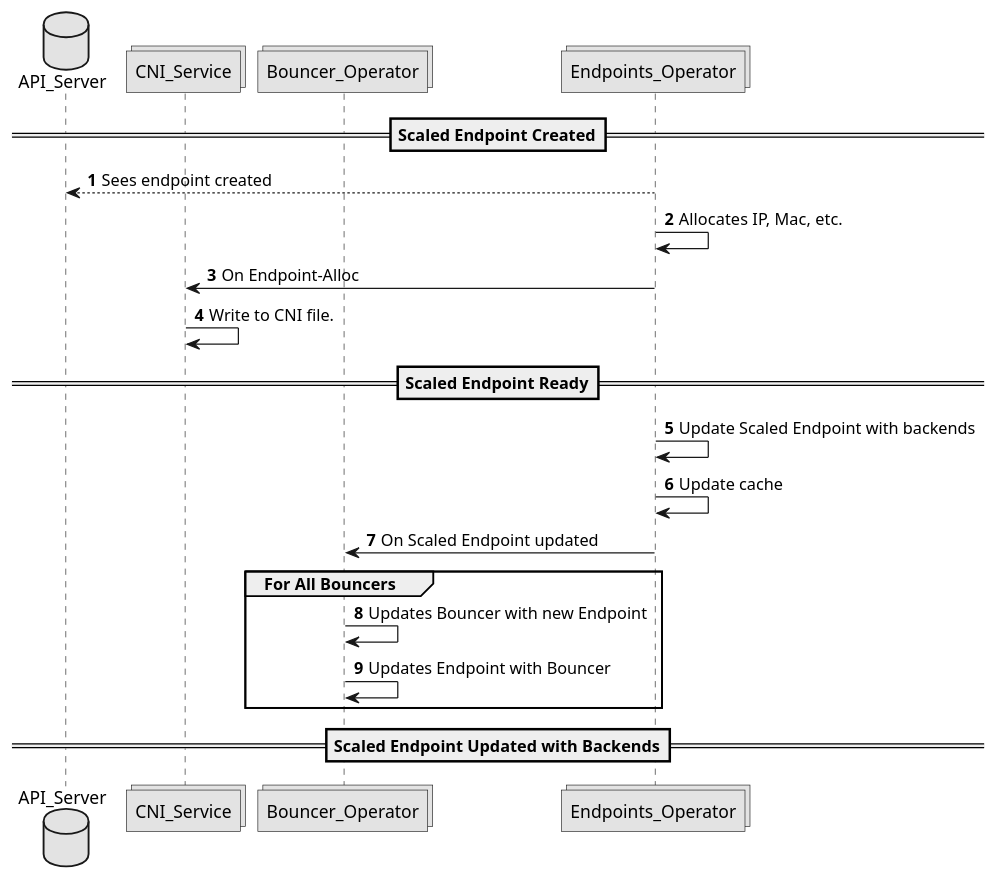
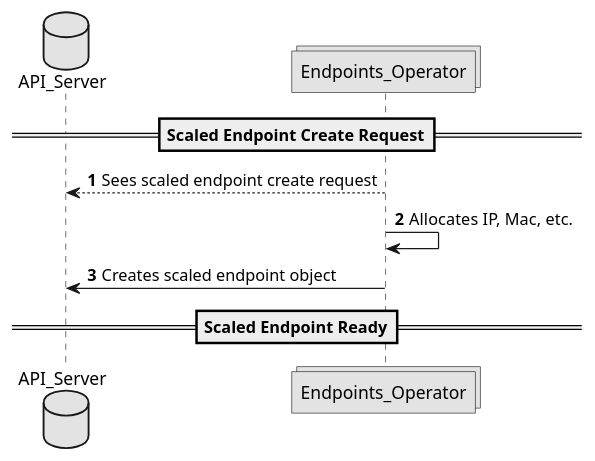
Before and after one commit to CentaurusInfra/mizar: the diagram in docs/design/puml/create_scaled_endpoint_workflow.puml, drawn with PlantUML. The commit also changed 3 other files, not shown here.

```diff
--- a/docs/design/puml/create_scaled_endpoint_workflow.puml
+++ b/docs/design/puml/create_scaled_endpoint_workflow.puml
@@ -1,27 +1,14 @@
 @startuml
 
 skinparam monochrome true
 autonumber
 
 database API_Server
-collections CNI_Service
-collections Bouncer_Operator
 collections Endpoints_Operator
 
-==Scaled Endpoint Created==
-Endpoints_Operator --> API_Server: Sees endpoint created
+==Scaled Endpoint Create Request==
+Endpoints_Operator --> API_Server: Sees scaled endpoint create request
 Endpoints_Operator -> Endpoints_Operator: Allocates IP, Mac, etc.
-Endpoints_Operator -> CNI_Service: On Endpoint-Alloc
-CNI_Service -> CNI_Service: Write to CNI file.
+Endpoints_Operator -> API_Server: Creates scaled endpoint object
 == Scaled Endpoint Ready==
-
-Endpoints_Operator -> Endpoints_Operator: Update Scaled Endpoint with backends
-Endpoints_Operator -> Endpoints_Operator: Update cache
-Endpoints_Operator -> Bouncer_Operator: On Scaled Endpoint updated
-group For All Bouncers
-Bouncer_Operator -> Bouncer_Operator: Updates Bouncer with new Endpoint
-Bouncer_Operator -> Bouncer_Operator: Updates Endpoint with Bouncer
-end
-
-== Scaled Endpoint Updated with Backends==
 @enduml
```
